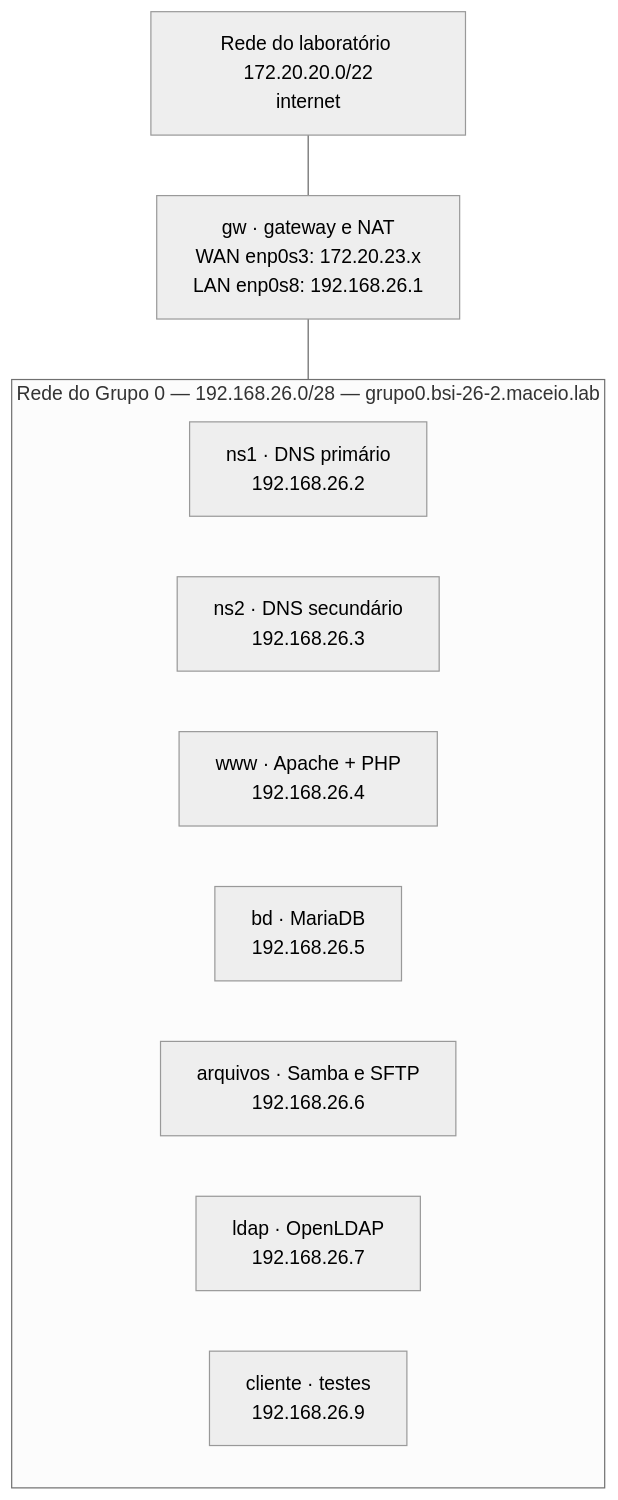
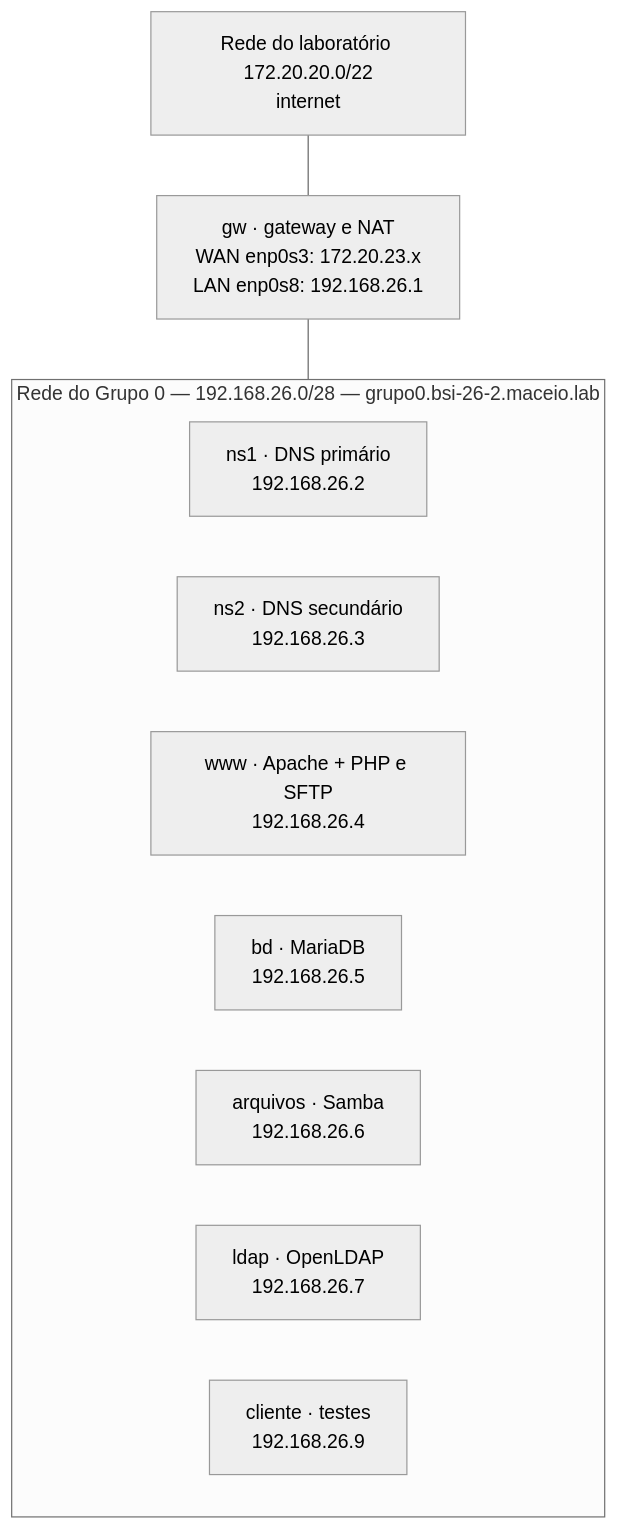
The first of 2 diagrams in projeto-final/README.md (alaelson/labredes-2026.2), drawn with Mermaid (neutral theme) before and after one commit. The commit also changed other lines of this file and 4 other files, not shown here.

First line of the commit message:
Aula 10 com LDAP, SSSD e Samba; Aula 11 só LAMP com SFTP

````diff
--- a/projeto-final/README.md
+++ b/projeto-final/README.md
@@ -56,16 +56,16 @@
 ```mermaid
 flowchart TB
     LAB["Rede do laboratório 172.20.20.0/22<br/>internet"]
     GW["gw · gateway e NAT<br/>WAN enp0s3: 172.20.23.x<br/>LAN enp0s8: 192.168.26.1"]
     LAB --- GW
     subgraph REDE["Rede do Grupo 0 — 192.168.26.0/28 — grupo0.bsi-26-2.maceio.lab"]
         NS1["ns1 · DNS primário<br/>192.168.26.2"]
         NS2["ns2 · DNS secundário<br/>192.168.26.3"]
-        WWW["www · Apache + PHP<br/>192.168.26.4"]
+        WWW["www · Apache + PHP e SFTP<br/>192.168.26.4"]
         BD["bd · MariaDB<br/>192.168.26.5"]
-        ARQ["arquivos · Samba e SFTP<br/>192.168.26.6"]
+        ARQ["arquivos · Samba<br/>192.168.26.6"]
         LDAP["ldap · OpenLDAP<br/>192.168.26.7"]
         CLI["cliente · testes<br/>192.168.26.9"]
     end
     GW --- REDE
 ```
````
